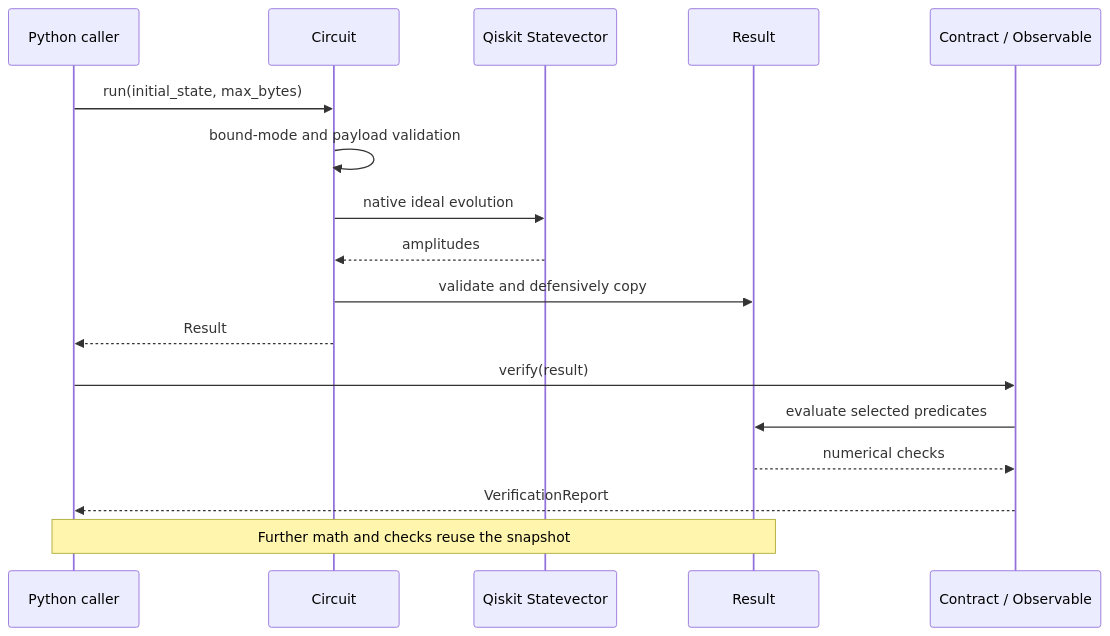
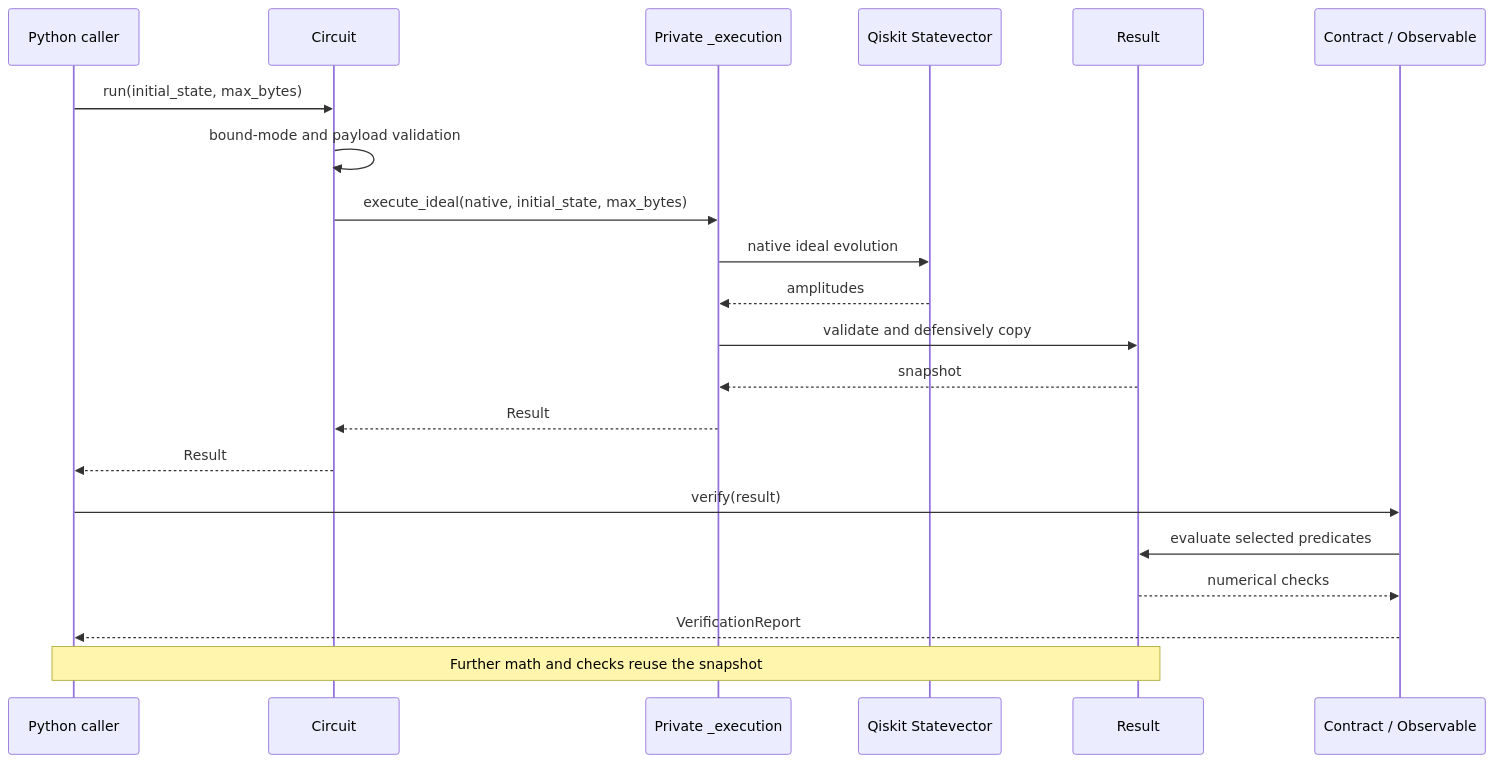
One commit to devfelipenunes/ketary changed the third of 3 diagrams in docs/architecture.md. Above: the diagram before and after it, drawn with Mermaid. The commit also changed other lines of this file and 5 other files, not shown here.

Commit message:
Define architecture progression, scalability policy and contributor instructions

````diff
--- a/docs/architecture.md
+++ b/docs/architecture.md
@@ -85,19 +87,23 @@
 ```mermaid
 sequenceDiagram
     participant U as Python caller
     participant C as Circuit
+    participant E as Private _execution
     participant Q as Qiskit Statevector
     participant R as Result
     participant O as Contract / Observable
     U->>C: run(initial_state, max_bytes)
     C->>C: bound-mode and payload validation
-    C->>Q: native ideal evolution
-    Q-->>C: amplitudes
-    C->>R: validate and defensively copy
+    C->>E: execute_ideal(native, initial_state, max_bytes)
+    E->>Q: native ideal evolution
+    Q-->>E: amplitudes
+    E->>R: validate and defensively copy
+    R-->>E: snapshot
+    E-->>C: Result
     C-->>U: Result
     U->>O: verify(result)
     O->>R: evaluate selected predicates
     R-->>O: numerical checks
     O-->>U: VerificationReport
     Note over U,R: Further math and checks reuse the snapshot
 ```
````
